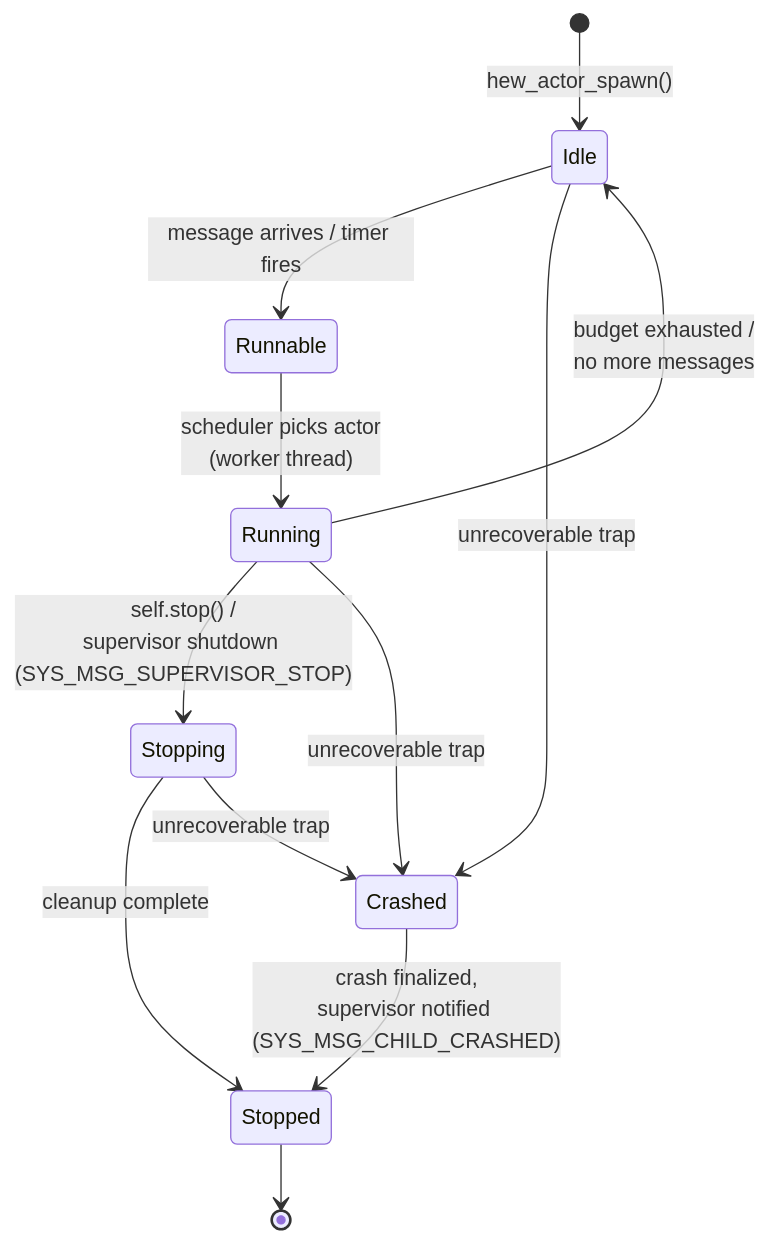
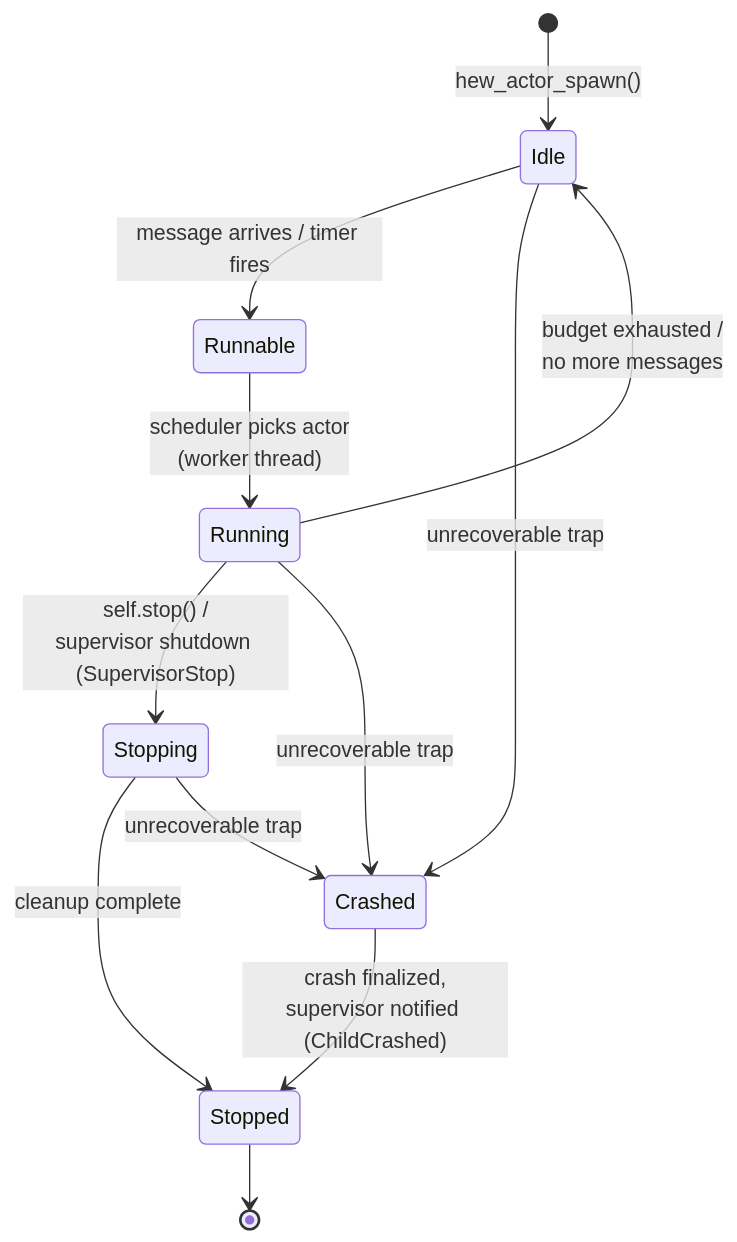
The second of 7 diagrams in docs/diagrams.md (hew-lang/hew), drawn with Mermaid before and after one commit. The commit also changed other lines of this file and 5 other files, not shown here.

First line of the commit message:
docs: name system messages by their HewSysMsg variant

````diff
--- a/docs/diagrams.md
+++ b/docs/diagrams.md
@@ -48,18 +48,18 @@
 ```mermaid
 stateDiagram-v2
     [*] --> Idle: hew_actor_spawn()
 
     Idle --> Runnable: message arrives / timer fires
     Runnable --> Running: scheduler picks actor<br/>(worker thread)
     Running --> Idle: budget exhausted /<br/>no more messages
-    Running --> Stopping: self.stop() /<br/>supervisor shutdown (SYS_MSG_SUPERVISOR_STOP)
+    Running --> Stopping: self.stop() /<br/>supervisor shutdown (SupervisorStop)
     Stopping --> Stopped: cleanup complete
 
     Running --> Crashed: unrecoverable trap
     Idle --> Crashed: unrecoverable trap
     Stopping --> Crashed: unrecoverable trap
 
-    Crashed --> Stopped: crash finalized,<br/>supervisor notified (SYS_MSG_CHILD_CRASHED)
+    Crashed --> Stopped: crash finalized,<br/>supervisor notified (ChildCrashed)
 
     Stopped --> [*]
 ```
````
